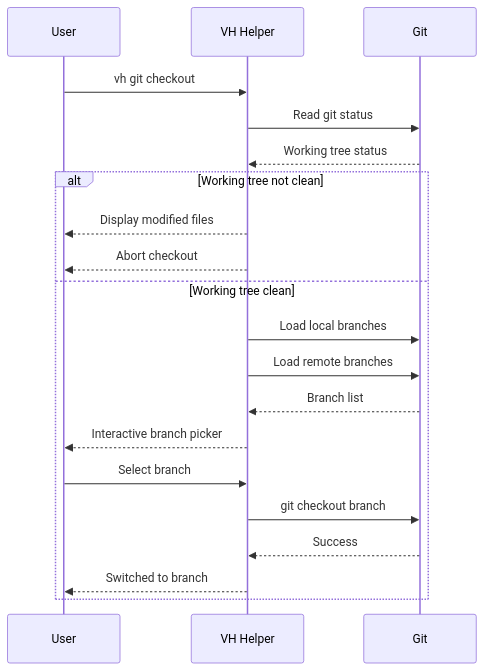
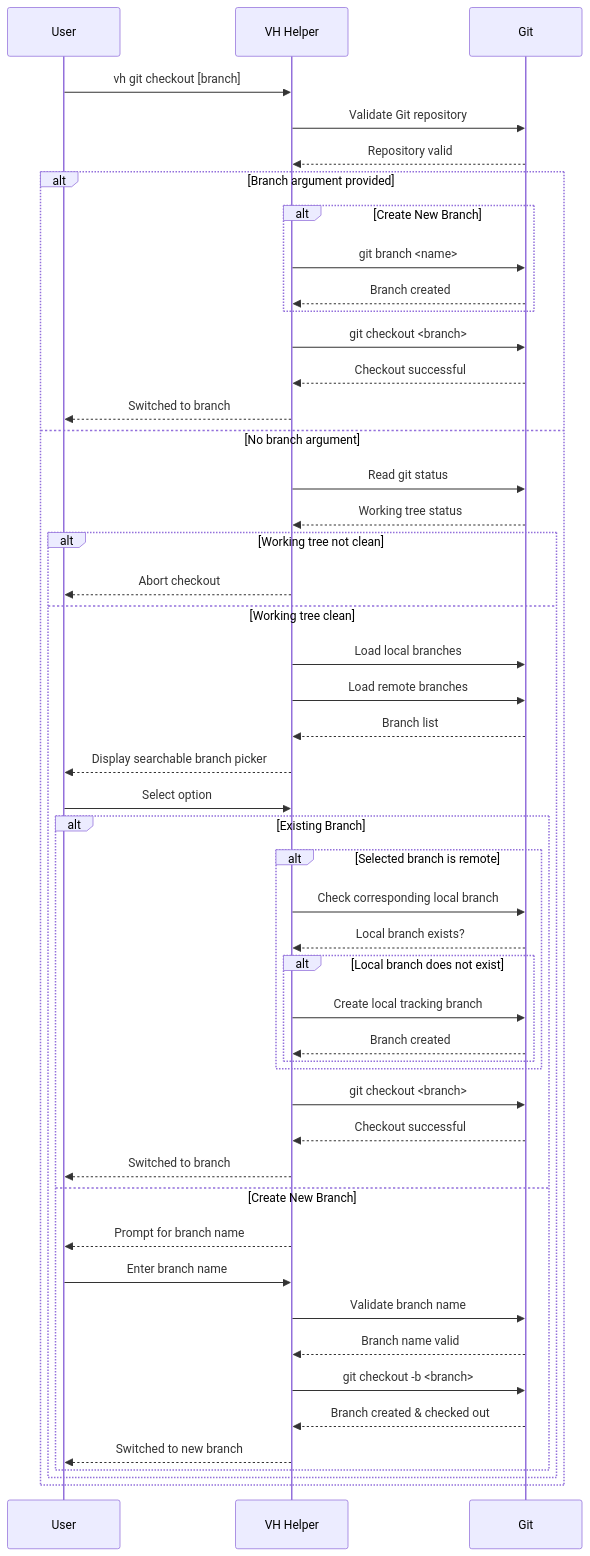
One commit to Kapil9711/dev-helper changed the third of 4 diagrams in docs/engineering/implementation/checkout.md. Above: the diagram before and after it, drawn with Mermaid. The commit also changed other lines of this file and 1 other file, not shown here.

Commit message:
auto commit

````diff
--- a/docs/engineering/implementation/checkout.md
+++ b/docs/engineering/implementation/checkout.md
@@ -249,27 +254,71 @@
 ```mermaid
 sequenceDiagram
 
 participant User
 participant VH Helper
 participant Git
 
-User->>VH Helper: vh git checkout
+User->>VH Helper: vh git checkout [branch]
 
-VH Helper->>Git: Read git status
+VH Helper->>Git: Validate Git repository
+Git-->>VH Helper: Repository valid
 
-Git-->>VH Helper: Working tree status
+alt Branch argument provided
 
-alt Working tree not clean
-    VH Helper-->>User: Display modified files
-    VH Helper-->>User: Abort checkout
-else Working tree clean
-    VH Helper->>Git: Load local branches
-    VH Helper->>Git: Load remote branches
-    Git-->>VH Helper: Branch list
-    VH Helper-->>User: Interactive branch picker
-    User->>VH Helper: Select branch
-    VH Helper->>Git: git checkout branch
-    Git-->>VH Helper: Success
+    alt Create New Branch
+        VH Helper->>Git: git branch <name>
+        Git-->>VH Helper: Branch created
+    end
+
+    VH Helper->>Git: git checkout <branch>
+    Git-->>VH Helper: Checkout successful
     VH Helper-->>User: Switched to branch
+
+else No branch argument
+
+    VH Helper->>Git: Read git status
+    Git-->>VH Helper: Working tree status
+
+    alt Working tree not clean
+        VH Helper-->>User: Abort checkout
+    else Working tree clean
+
+        VH Helper->>Git: Load local branches
+        VH Helper->>Git: Load remote branches
+        Git-->>VH Helper: Branch list
+
+        VH Helper-->>User: Display searchable branch picker
+        User->>VH Helper: Select option
+
+        alt Existing Branch
+
+            alt Selected branch is remote
+                VH Helper->>Git: Check corresponding local branch
+                Git-->>VH Helper: Local branch exists?
+
+                alt Local branch does not exist
+                    VH Helper->>Git: Create local tracking branch
+                    Git-->>VH Helper: Branch created
+                end
+            end
+
+            VH Helper->>Git: git checkout <branch>
+            Git-->>VH Helper: Checkout successful
+            VH Helper-->>User: Switched to branch
+
+        else Create New Branch
+
+            VH Helper-->>User: Prompt for branch name
+            User->>VH Helper: Enter branch name
+
+            VH Helper->>Git: Validate branch name
+            Git-->>VH Helper: Branch name valid
+
+            VH Helper->>Git: git checkout -b <branch>
+            Git-->>VH Helper: Branch created & checked out
+            VH Helper-->>User: Switched to new branch
+
+        end
+    end
 end
 ```
````
